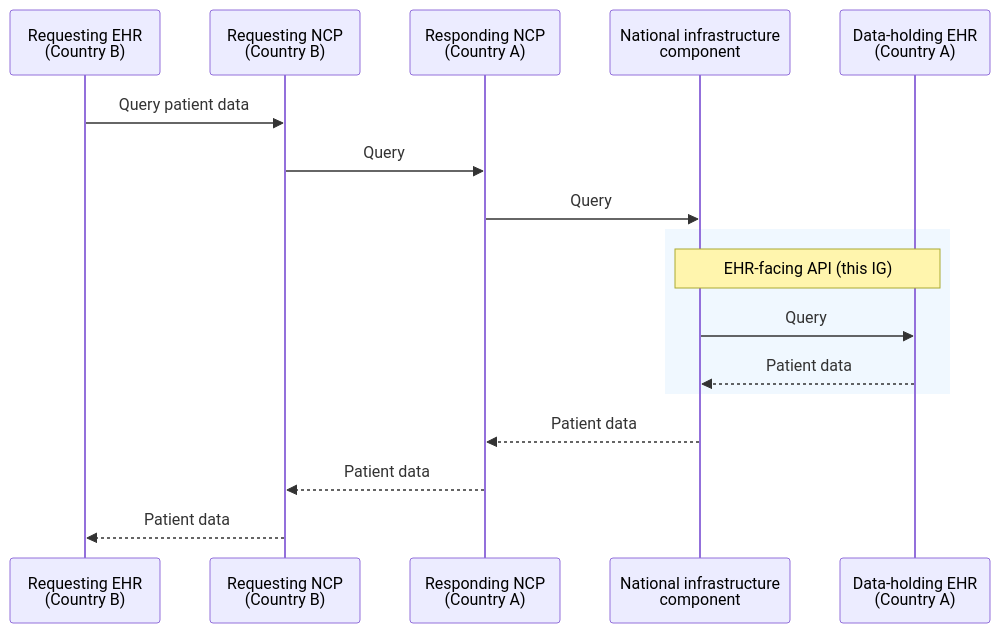
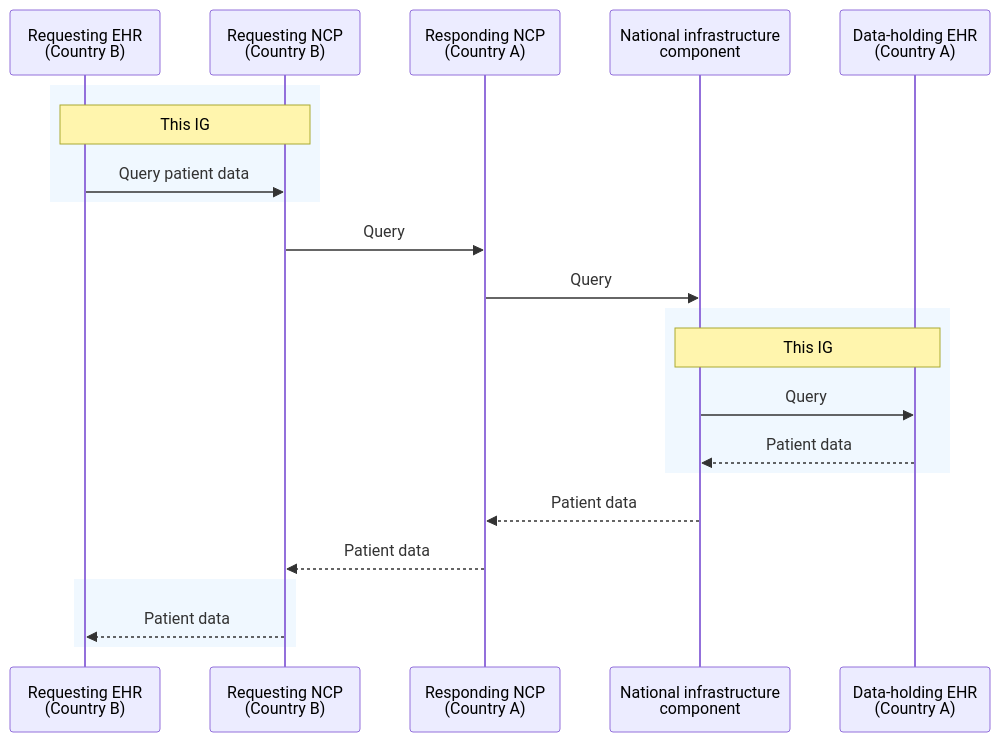
The diagram in diagrams/cross-border-ncp.mmd (euridice-org/eu-health-data-api), drawn with Mermaid before and after one commit. The commit also changed 2 other files, not shown here.

Commit message:
FHIR-56665: Highlight both EHR-facing exchanges as in scope
Agent-Session: 01a15e78-cee6-7361-a8d1-a6c9d21dc6b7

```diff
--- a/diagrams/cross-border-ncp.mmd
+++ b/diagrams/cross-border-ncp.mmd
@@ -1,18 +1,23 @@
 sequenceDiagram
     participant Requester as Requesting EHR<br/>(Country B)
     participant NCPB as Requesting NCP<br/>(Country B)
     participant NCPA as Responding NCP<br/>(Country A)
     participant National as National infrastructure<br/>component
     participant EHR as Data-holding EHR<br/>(Country A)
 
+    rect rgb(240, 248, 255)
+    Note over Requester,NCPB: This IG
     Requester->>NCPB: Query patient data
+    end
     NCPB->>NCPA: Query
     NCPA->>National: Query
     rect rgb(240, 248, 255)
-    Note over National,EHR: EHR-facing API (this IG)
+    Note over National,EHR: This IG
     National->>EHR: Query
     EHR-->>National: Patient data
     end
     National-->>NCPA: Patient data
     NCPA-->>NCPB: Patient data
+    rect rgb(240, 248, 255)
     NCPB-->>Requester: Patient data
+    end
```
